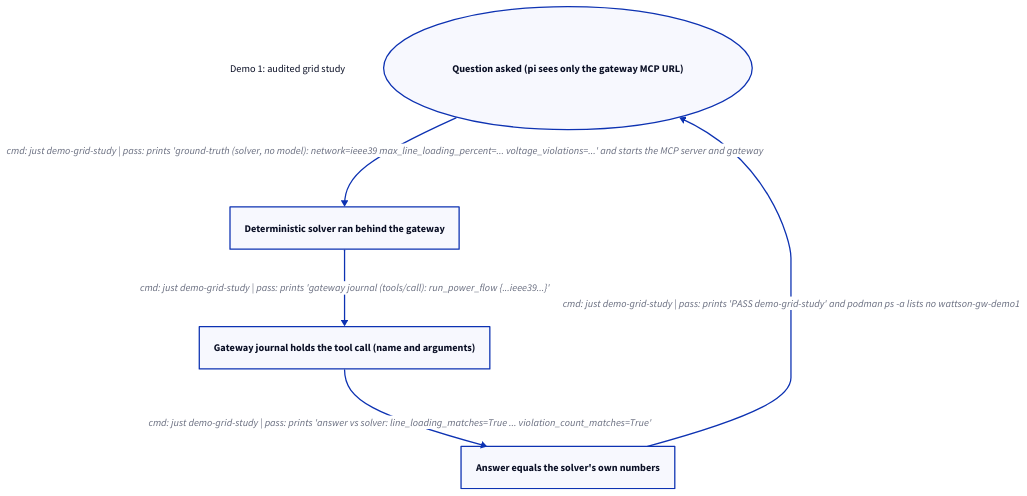
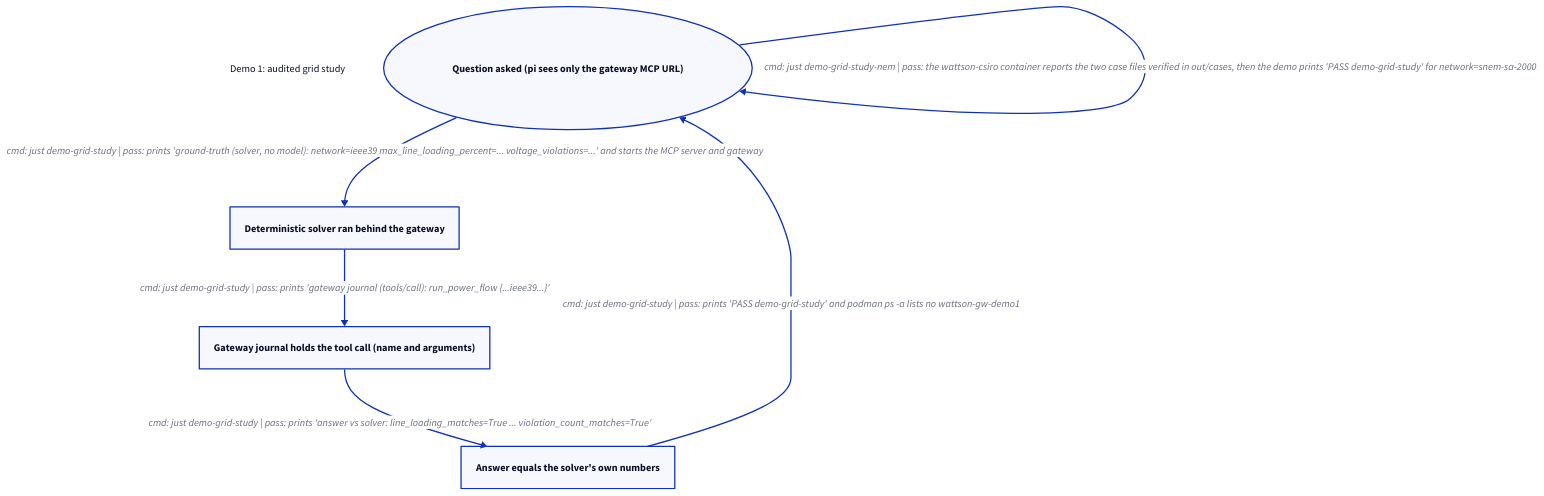
The diagram in docs/diagrams/demo-grid-study.d2 (fungible-farm/wattson), drawn with D2 before and after one commit. The commit also changed 5 other files, not shown here.

First line of the commit message:
feat: demo 1 on the real CSIRO Synthetic-NEM case (#98 follow-up)

```diff
--- a/docs/diagrams/demo-grid-study.d2
+++ b/docs/diagrams/demo-grid-study.d2
@@ -1,14 +1,15 @@
 # procedural-chart
 # State chart: demo 1, the audited grid study (#98). The AI plans, the solver computes, the gateway journals every call.
 direction: down
 title: "Demo 1: audited grid study" {shape: text}
 
 asked: Question asked (pi sees only the gateway MCP URL) {shape: oval}
 computed: Deterministic solver ran behind the gateway
 journalled: Gateway journal holds the tool call (name and arguments)
 verified: Answer equals the solver's own numbers
 
 asked -> computed: "cmd: just demo-grid-study | pass: prints 'ground-truth (solver, no model): network=ieee39 max_line_loading_percent=... voltage_violations=...' and starts the MCP server and gateway"
 computed -> journalled: "cmd: just demo-grid-study | pass: prints 'gateway journal (tools/call): run_power_flow {...ieee39...}'"
 journalled -> verified: "cmd: just demo-grid-study | pass: prints 'answer vs solver: line_loading_matches=True ... violation_count_matches=True'"
 verified -> asked: "cmd: just demo-grid-study | pass: prints 'PASS demo-grid-study' and podman ps -a lists no wattson-gw-demo1"
+asked -> asked: "cmd: just demo-grid-study-nem | pass: the wattson-csiro container reports the two case files verified in out/cases, then the demo prints 'PASS demo-grid-study' for network=snem-sa-2000"
```
